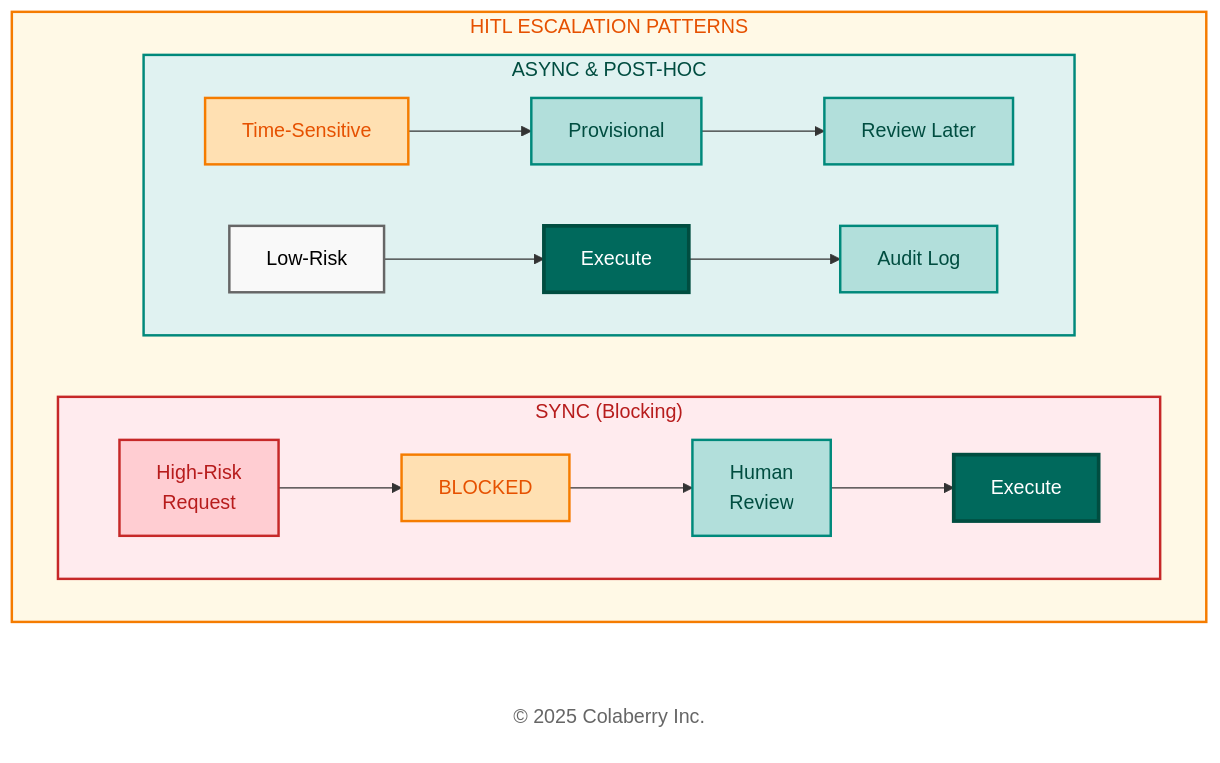
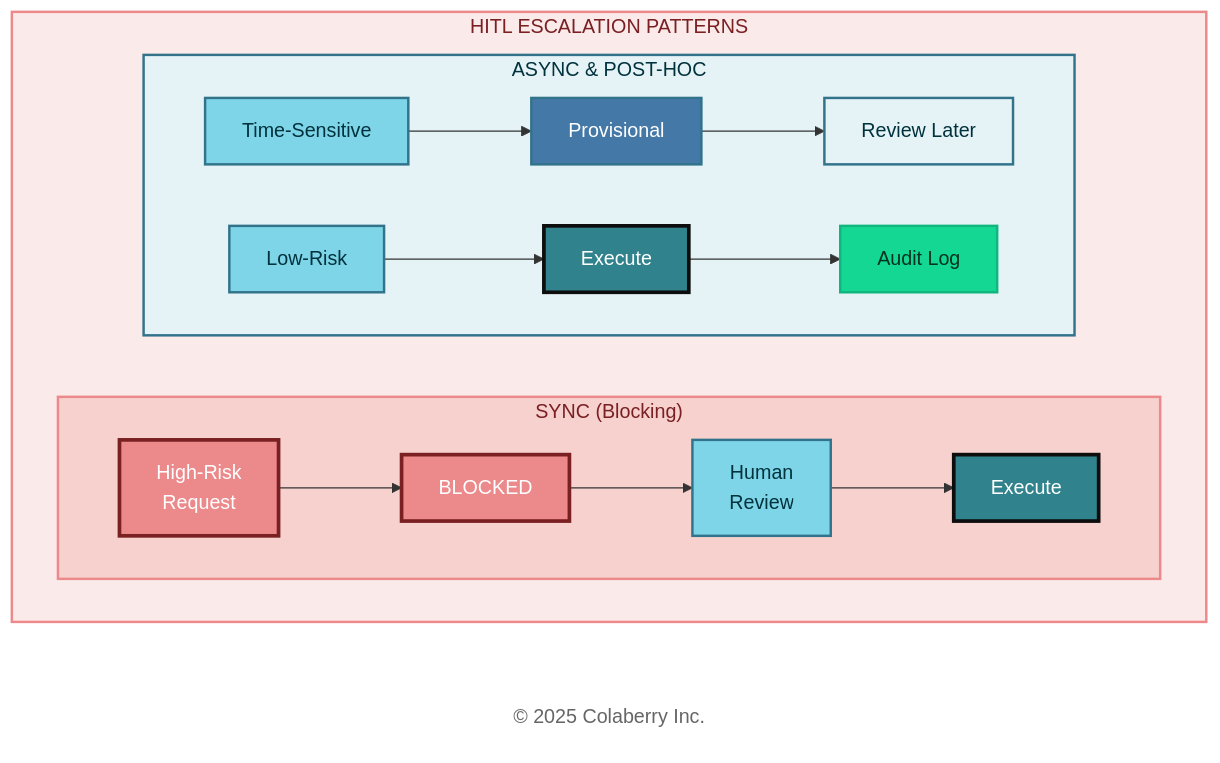
Before and after one commit to saitejesh-cyber/trust-before-intelligence-book: the sixth of 14 diagrams in manuscript/07_chapter_6_transparency_orchestration_layers.md, drawn with Mermaid. The commit also changed other lines of this file, not shown here.

Commit message:
Update mermaid diagrams as per new coloberry color and contrast ratio for chapter 7

````diff
--- a/manuscript/07_chapter_6_transparency_orchestration_layers.md
+++ b/manuscript/07_chapter_6_transparency_orchestration_layers.md
@@ -495,35 +495,35 @@
 ```mermaid
 
 graph LR
     subgraph HITL["HITL ESCALATION PATTERNS"]
         direction LR
         subgraph SYNC["SYNC (Blocking)"]
             direction LR
             S1["High-Risk<br/>Request"] --> S2["BLOCKED"] --> S3["Human<br/>Review"] --> S4["Execute"]
         end
         
         subgraph ASYNC["ASYNC & POST-HOC"]
             direction LR
             A1["Time-Sensitive"] --> A2["Provisional"] --> A3["Review Later"]
             P1["Low-Risk"] --> P2["Execute"] --> P3["Audit Log"]
         end
     end
     
     Copyright["© 2025 Colaberry Inc."]
     
-    style HITL fill:#fff9e6,stroke:#f57c00,stroke-width:2px,color:#e65100
-    style SYNC fill:#ffebee,stroke:#c62828,stroke-width:2px,color:#b71c1c
-    style ASYNC fill:#e0f2f1,stroke:#00897b,stroke-width:2px,color:#004d40
-    style S1 fill:#ffcdd2,stroke:#c62828,stroke-width:2px,color:#b71c1c
-    style S2 fill:#ffe0b2,stroke:#f57c00,stroke-width:2px,color:#e65100
-    style S3 fill:#b2dfdb,stroke:#00897b,stroke-width:2px,color:#004d40
-    style S4 fill:#00695c,color:#ffffff,stroke:#004d40,stroke-width:3px
-    style A1 fill:#ffe0b2,stroke:#f57c00,stroke-width:2px,color:#e65100
-    style A2 fill:#b2dfdb,stroke:#00897b,stroke-width:2px,color:#004d40
-    style A3 fill:#b2dfdb,stroke:#00897b,stroke-width:2px,color:#004d40
-    style P1 fill:#f9f9f9,stroke:#666666,stroke-width:2px,color:#000000
-    style P2 fill:#00695c,color:#ffffff,stroke:#004d40,stroke-width:3px
-    style P3 fill:#b2dfdb,stroke:#00897b,stroke-width:2px,color:#004d40
+    style HITL fill:#FBEAEA,stroke:#EB898B,stroke-width:2px,color:#7A1F22
+    style SYNC fill:#F6D1CE,stroke:#EB898B,stroke-width:2px,color:#7A1F22
+    style ASYNC fill:#E6F3F6,stroke:#32738C,stroke-width:2px,color:#00323D
+    style S1 fill:#EB898B,color:#ffffff,stroke:#7A1F22,stroke-width:3px
+    style S2 fill:#EB898B,color:#ffffff,stroke:#7A1F22,stroke-width:3px
+    style S3 fill:#7FD5E8,stroke:#32738C,stroke-width:2px,color:#00323D
+    style S4 fill:#30838C,color:#ffffff,stroke:#0D0D0D,stroke-width:3px
+    style A1 fill:#7FD5E8,stroke:#32738C,stroke-width:2px,color:#00323D
+    style A2 fill:#4478A6,stroke:#32738C,stroke-width:2px,color:#ffffff
+    style A3 fill:#E6F3F6,stroke:#32738C,stroke-width:2px,color:#00323D
+    style P1 fill:#7FD5E8,stroke:#32738C,stroke-width:2px,color:#00323D
+    style P2 fill:#30838C,color:#ffffff,stroke:#0D0D0D,stroke-width:3px
+    style P3 fill:#14D793,color:#003322,stroke:#0FB67D,stroke-width:2px
     style Copyright fill:#ffffff,stroke:none,color:#666666
 
 ```
````
